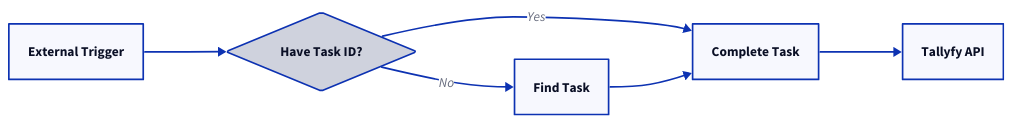
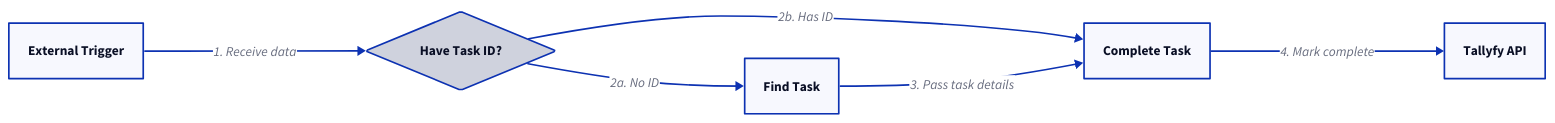
The diagram in src/content/docs/pro/integrations/middleware/zapier/how-to-automate-tasks-in-tallyfy-using-zaps.mdx (tallyfy/documentation), drawn with D2 before and after one commit. The commit also changed 12 other files, not shown here.

Commit message:
Added annotations and fixed D2 issues and added schema plugin and content for basics. Adding automated last-updated appended from related-articles job

````diff
--- a/src/content/docs/pro/integrations/middleware/zapier/how-to-automate-tasks-in-tallyfy-using-zaps.mdx
+++ b/src/content/docs/pro/integrations/middleware/zapier/how-to-automate-tasks-in-tallyfy-using-zaps.mdx
@@ -24,16 +24,16 @@
 ```d2
 direction: right
 
-Trigger: "External Trigger"
-Check: "Have Task ID?" {shape: diamond}
-Find: "Find Task"
-Complete: "Complete Task"
-API: "Tallyfy API"
+Trigger: External Trigger
+Check: Have Task ID? {shape: diamond}
+Find: Find Task
+Complete: Complete Task
+API: Tallyfy API
 
-Trigger -> Check
-Check -> Find: "No"
-Check -> Complete: "Yes"
-Find -> Complete
-Complete -> API
+Trigger -> Check: 1. Receive data
+Check -> Find: 2a. No ID
+Check -> Complete: 2b. Has ID
+Find -> Complete: 3. Pass task details
+Complete -> API: 4. Mark complete
 
 ```
````
